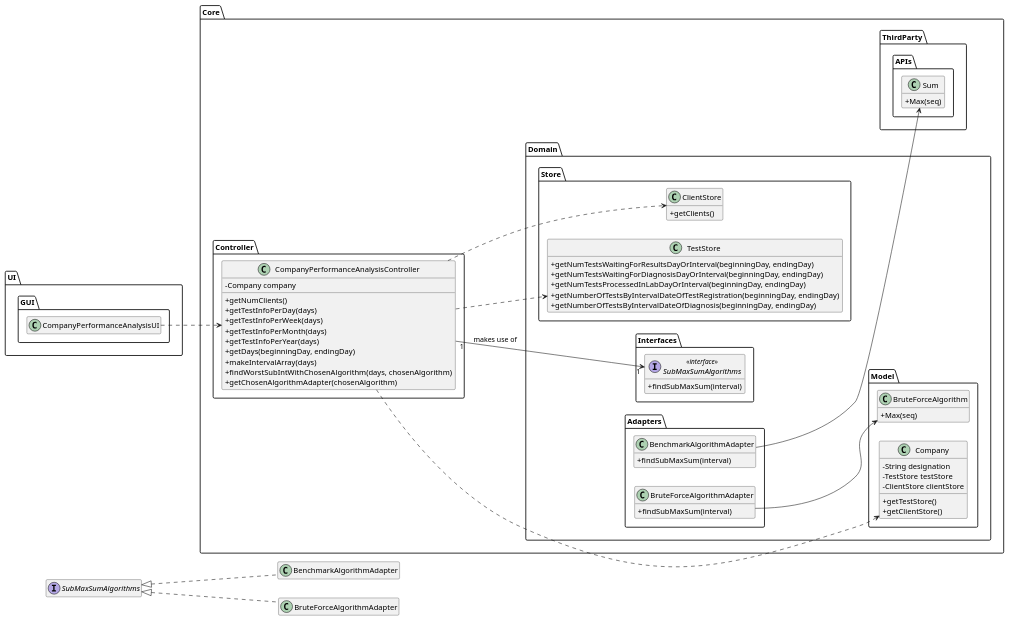
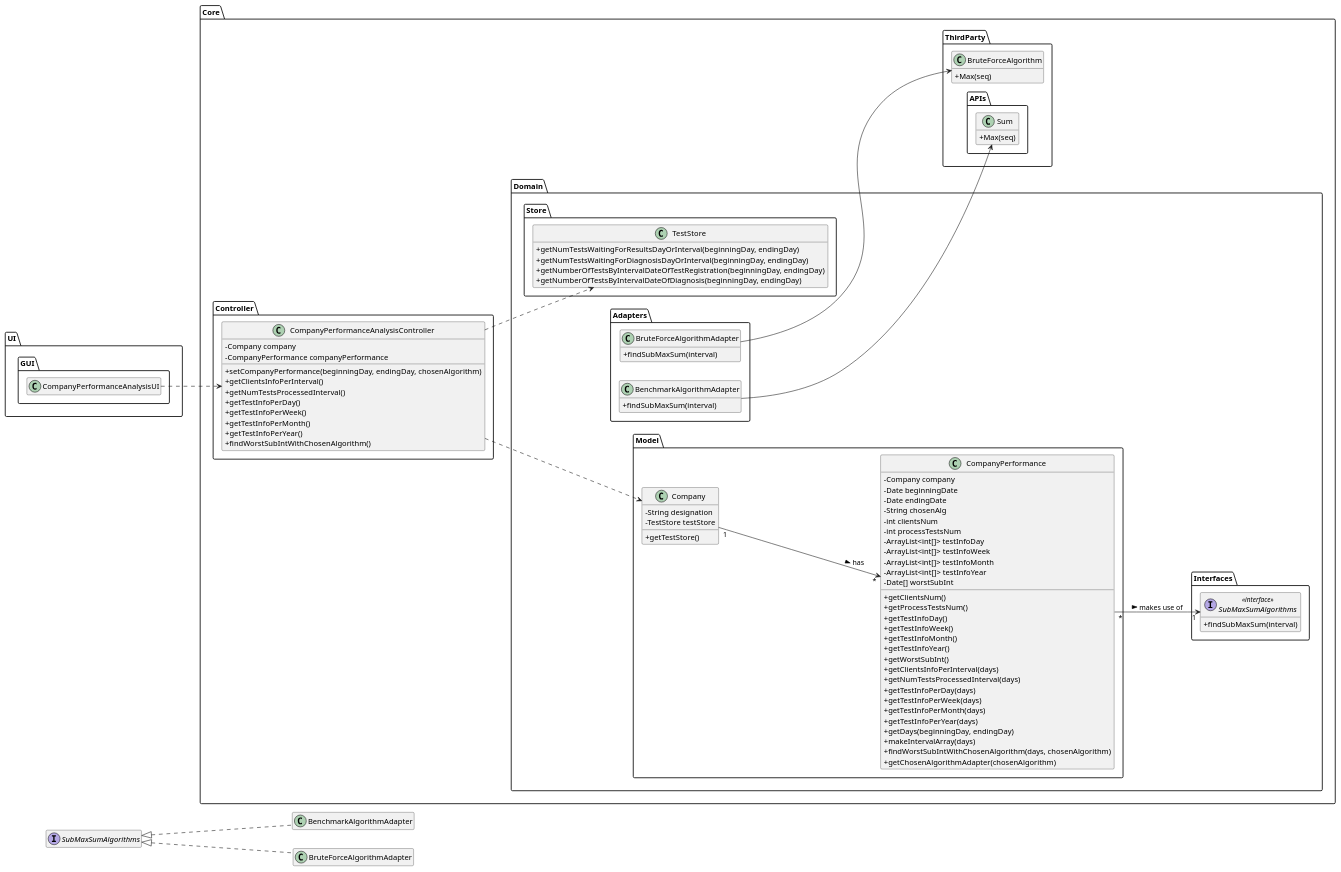
Before and after one commit to ana-albergaria/LAPR2-ISEP: the diagram in docs/SprintD/US_16/US16_CD_WithPackages.puml, drawn with PlantUML. The commit also changed 13 other files, not shown here.

```diff
--- a/docs/SprintD/US_16/US16_CD_WithPackages.puml
+++ b/docs/SprintD/US_16/US16_CD_WithPackages.puml
@@ -1,119 +1,143 @@
 @startuml
 'skinparam linetype ortho
 hide empty methods
 hide empty attributes
 left to right direction
 skinparam classAttributeIconSize 0
 
 package Core{
 
 package Domain {
 
 package Model{
 
 class Company {
-    -String designation
-    -TestStore testStore
-    -ClientStore clientStore
-    +getTestStore()
-    +getClientStore()
+    - String designation
+    - TestStore testStore
+    + getTestStore()
 }
 
-class BruteForceAlgorithm{
-    +Max(seq)
+class CompanyPerformance{
+    - Company company
+    - Date beginningDate
+    - Date endingDate
+    - String chosenAlg
+    - int clientsNum
+    - int processTestsNum
+    - ArrayList<int[]> testInfoDay
+    - ArrayList<int[]> testInfoWeek
+    - ArrayList<int[]> testInfoMonth
+    - ArrayList<int[]> testInfoYear
+    - Date[] worstSubInt
+    + getClientsNum()
+    + getProcessTestsNum()
+    + getTestInfoDay()
+    + getTestInfoWeek()
+    + getTestInfoMonth()
+    + getTestInfoYear()
+    + getWorstSubInt()
+    + getClientsInfoPerInterval(days)
+    + getNumTestsProcessedInterval(days)
+    + getTestInfoPerDay(days)
+    + getTestInfoPerWeek(days)
+    + getTestInfoPerMonth(days)
+    + getTestInfoPerYear(days)
+    + getDays(beginningDay, endingDay)
+    + makeIntervalArray(days)
+    + findWorstSubIntWithChosenAlgorithm(days, chosenAlgorithm)
+    + getChosenAlgorithmAdapter(chosenAlgorithm)
 }
 
 }
 
 package Interfaces {
 
 interface SubMaxSumAlgorithms <<interface>> {
     +findSubMaxSum(interval)
 }
 
 }
 
 package Store {
 
 class TestStore {
-    +getNumTestsWaitingForResultsDayOrInterval(beginningDay, endingDay)
-    +getNumTestsWaitingForDiagnosisDayOrInterval(beginningDay, endingDay)
-    +getNumTestsProcessedInLabDayOrInterval(beginningDay, endingDay)
-    +getNumberOfTestsByIntervalDateOfTestRegistration(beginningDay, endingDay)
-    +getNumberOfTestsByIntervalDateOfDiagnosis(beginningDay, endingDay)
-}
-
-class ClientStore {
-    +getClients()
+    + getNumTestsWaitingForResultsDayOrInterval(beginningDay, endingDay)
+    + getNumTestsWaitingForDiagnosisDayOrInterval(beginningDay, endingDay)
+    + getNumberOfTestsByIntervalDateOfTestRegistration(beginningDay, endingDay)
+    + getNumberOfTestsByIntervalDateOfDiagnosis(beginningDay, endingDay)
 }
 
 }
 
 package Adapters{
 
 class BenchmarkAlgorithmAdapter{
     +findSubMaxSum(interval)
 }
 
 class BruteForceAlgorithmAdapter{
     +findSubMaxSum(interval)
 }
 
 }
 
 }
 
 package Controller {
 
 class CompanyPerformanceAnalysisController{
-    -Company company
-    +getNumClients()
-    +getTestInfoPerDay(days)
-    +getTestInfoPerWeek(days)
-    +getTestInfoPerMonth(days)
-    +getTestInfoPerYear(days)
-    +getDays(beginningDay, endingDay)
-    +makeIntervalArray(days)
-    +findWorstSubIntWithChosenAlgorithm(days, chosenAlgorithm)
-    +getChosenAlgorithmAdapter(chosenAlgorithm)
+    - Company company
+    - CompanyPerformance companyPerformance
+    + setCompanyPerformance(beginningDay, endingDay, chosenAlgorithm)
+    + getClientsInfoPerInterval()
+    + getNumTestsProcessedInterval()
+    + getTestInfoPerDay()
+    + getTestInfoPerWeek()
+    + getTestInfoPerMonth()
+    + getTestInfoPerYear()
+    + findWorstSubIntWithChosenAlgorithm()
 }
 
 }
 
 package ThirdParty{
 
 package APIs {
 
 class Sum{
     +Max(seq)
 }
 
+}
+
+class BruteForceAlgorithm{
+    +Max(seq)
 }
 
 }
 
 }
 
 package UI {
 
 package GUI{
 
 class CompanyPerformanceAnalysisUI{
 }
 
 }
 
 }
 
 CompanyPerformanceAnalysisUI ..> CompanyPerformanceAnalysisController
 CompanyPerformanceAnalysisController ..> Company
-CompanyPerformanceAnalysisController ..> ClientStore
 CompanyPerformanceAnalysisController ..> TestStore
-CompanyPerformanceAnalysisController "1" --> "1" SubMaxSumAlgorithms : makes use of
+CompanyPerformance "*" --> "1" SubMaxSumAlgorithms : makes use of >
 BenchmarkAlgorithmAdapter --> Sum
 BruteForceAlgorithmAdapter --> BruteForceAlgorithm
+Company "1" --> "*" CompanyPerformance : has >
 
 class BenchmarkAlgorithmAdapter implements SubMaxSumAlgorithms
 class BruteForceAlgorithmAdapter implements SubMaxSumAlgorithms
 
 @enduml
```
